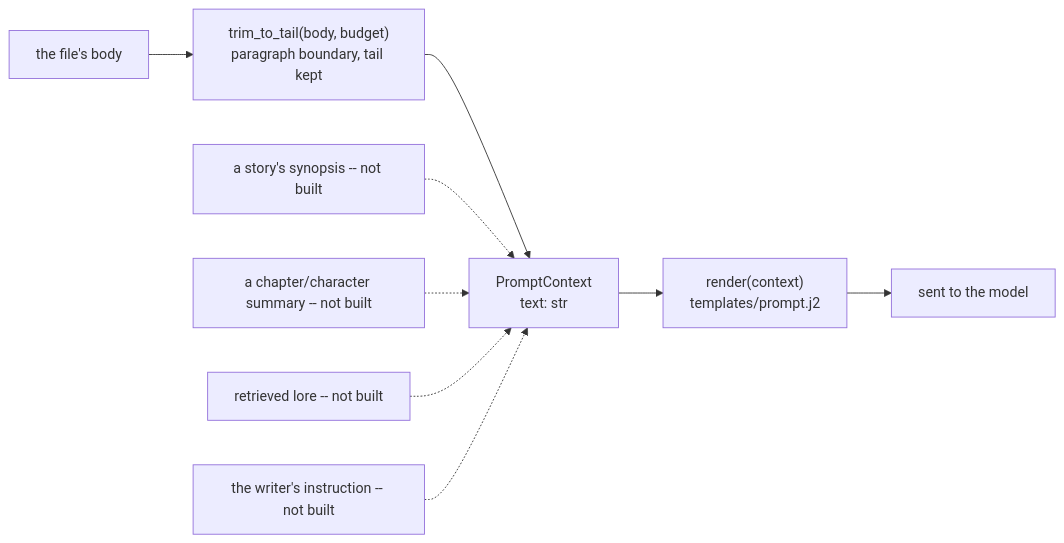
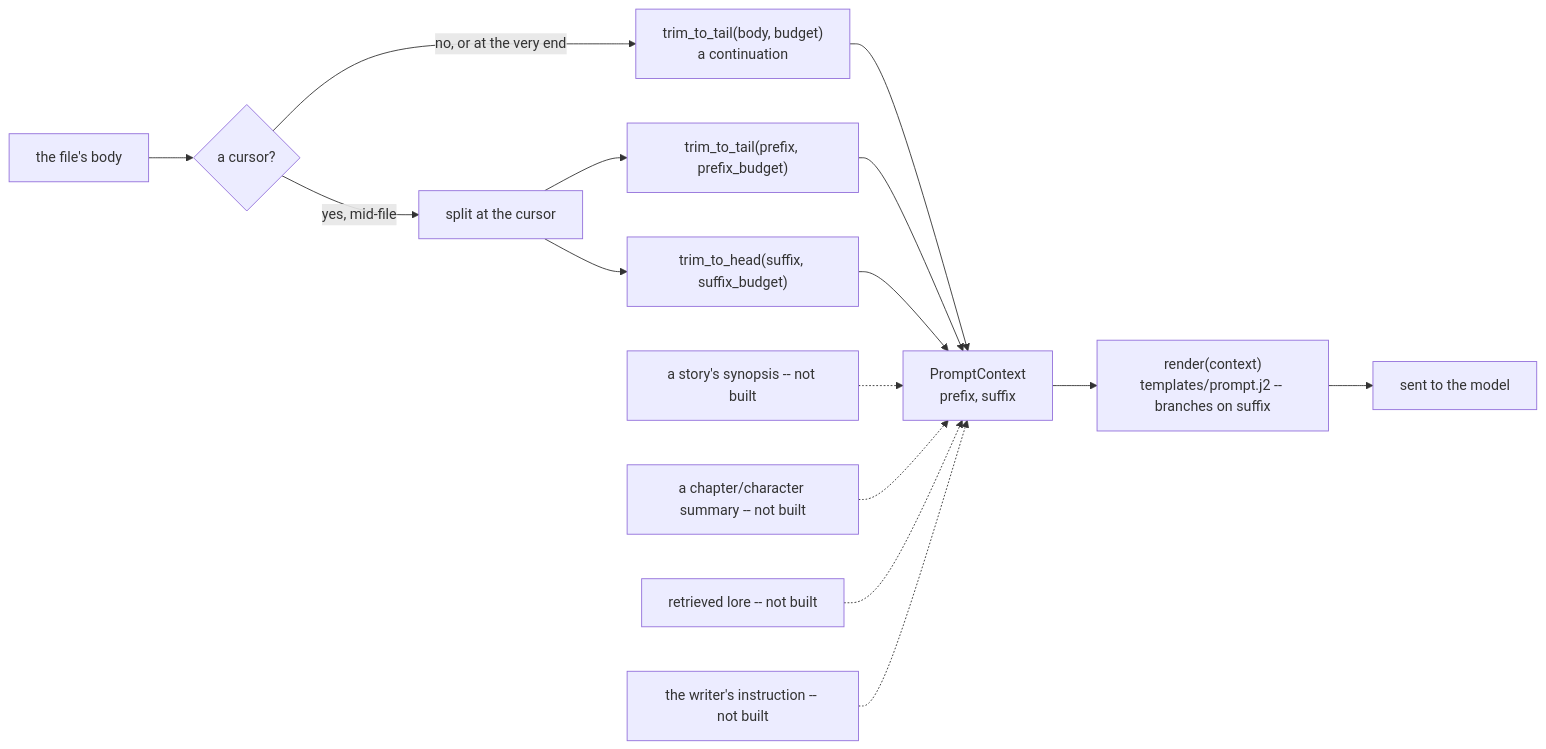
Before and after one commit to InkSpireEditor/inkspire-api: the second of 2 diagrams in docs/prompt.md, drawn with Mermaid. The commit also changed other lines of this file and 10 other files, not shown here.

First line of the commit message:
Generate at the caret: split the prompt into a prefix and a suffix

````diff
--- a/docs/prompt.md
+++ b/docs/prompt.md
@@ -39,12 +41,18 @@
 ```mermaid
 flowchart LR
-    B["the file's body"] --> T["trim_to_tail(body, budget)<br/>paragraph boundary, tail kept"]
-    T --> C["PromptContext<br/>text: str"]
-    C --> R["render(context)<br/>templates/prompt.j2"]
+    B["the file's body"] --> X{"a cursor?"}
+    X -->|no, or at the very end| T["trim_to_tail(body, budget)<br/>a continuation"]
+    X -->|yes, mid-file| P["split at the cursor"]
+    P --> TP["trim_to_tail(prefix, prefix_budget)"]
+    P --> TS["trim_to_head(suffix, suffix_budget)"]
+    T --> C["PromptContext<br/>prefix, suffix"]
+    TP --> C
+    TS --> C
+    C --> R["render(context)<br/>templates/prompt.j2 -- branches on suffix"]
     R --> M["sent to the model"]
 
-    S["a story's synopsis -- not built"] -.-> C
+    Y["a story's synopsis -- not built"] -.-> C
     H["a chapter/character summary -- not built"] -.-> C
     L["retrieved lore -- not built"] -.-> C
     I["the writer's instruction -- not built"] -.-> C
 ```
````
